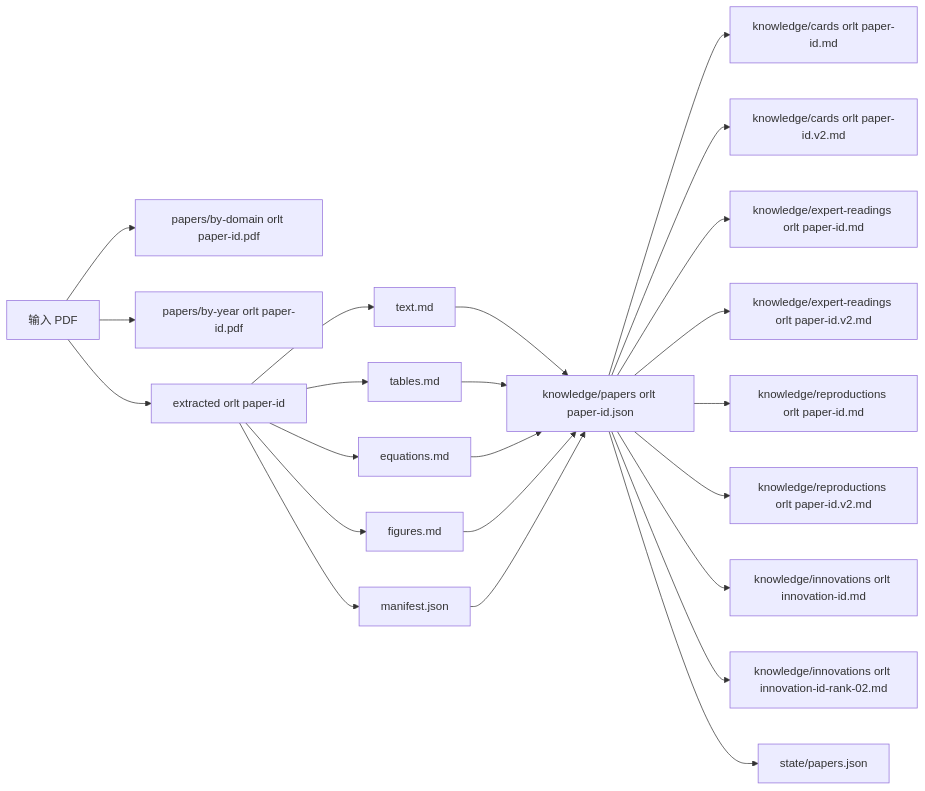
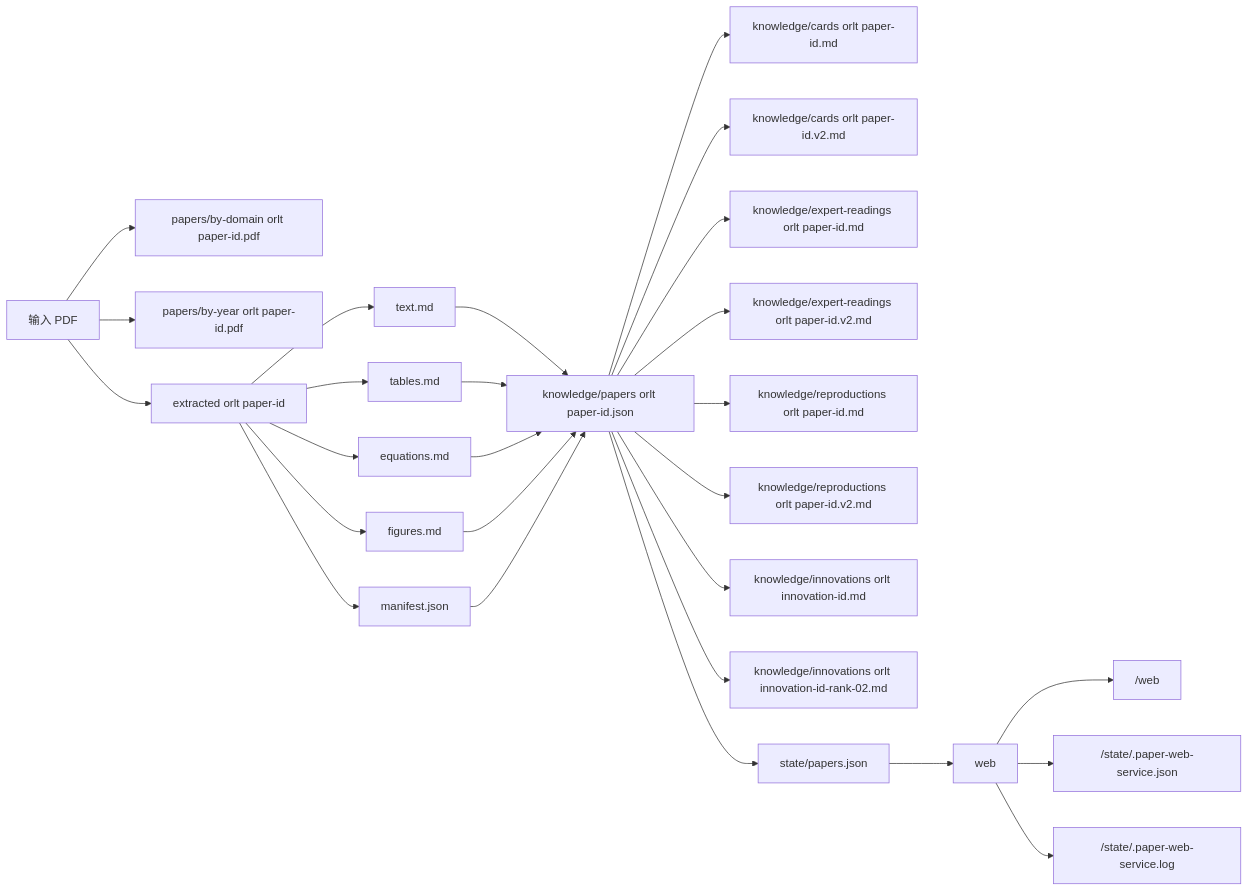
One commit to swordfate3/papers_skills changed the fourth of 7 diagrams in docs/论文研究技能可视化工作流.md. Above: the diagram before and after it, drawn with Mermaid. The commit also changed other lines of this file and 1 other file, not shown here.

Commit message:
docs(web): update visual workflow lifecycle

````diff
--- a/docs/论文研究技能可视化工作流.md
+++ b/docs/论文研究技能可视化工作流.md
@@ -89,28 +149,33 @@
 ```mermaid
 flowchart LR
     A[输入 PDF] --> B[papers/by-domain orlt paper-id.pdf]
     A --> C[papers/by-year orlt paper-id.pdf]
     A --> D[extracted orlt paper-id]
 
     D --> D1[text.md]
     D --> D2[tables.md]
     D --> D3[equations.md]
     D --> D4[figures.md]
     D --> D5[manifest.json]
 
     D1 --> E[knowledge/papers orlt paper-id.json]
     D2 --> E
     D3 --> E
     D4 --> E
     D5 --> E
 
     E --> F[knowledge/cards orlt paper-id.md]
     E --> F2[knowledge/cards orlt paper-id.v2.md]
     E --> G[knowledge/expert-readings orlt paper-id.md]
     E --> G2[knowledge/expert-readings orlt paper-id.v2.md]
     E --> H[knowledge/reproductions orlt paper-id.md]
     E --> H2[knowledge/reproductions orlt paper-id.v2.md]
     E --> I[knowledge/innovations orlt innovation-id.md]
     E --> I2[knowledge/innovations orlt innovation-id-rank-02.md]
     E --> J[state/papers.json]
+
+    J --> K[web]
+    K --> K1[<workspace>/web]
+    K --> K2[<workspace>/state/.paper-web-service.json]
+    K --> K3[<workspace>/state/.paper-web-service.log]
 ```
````
